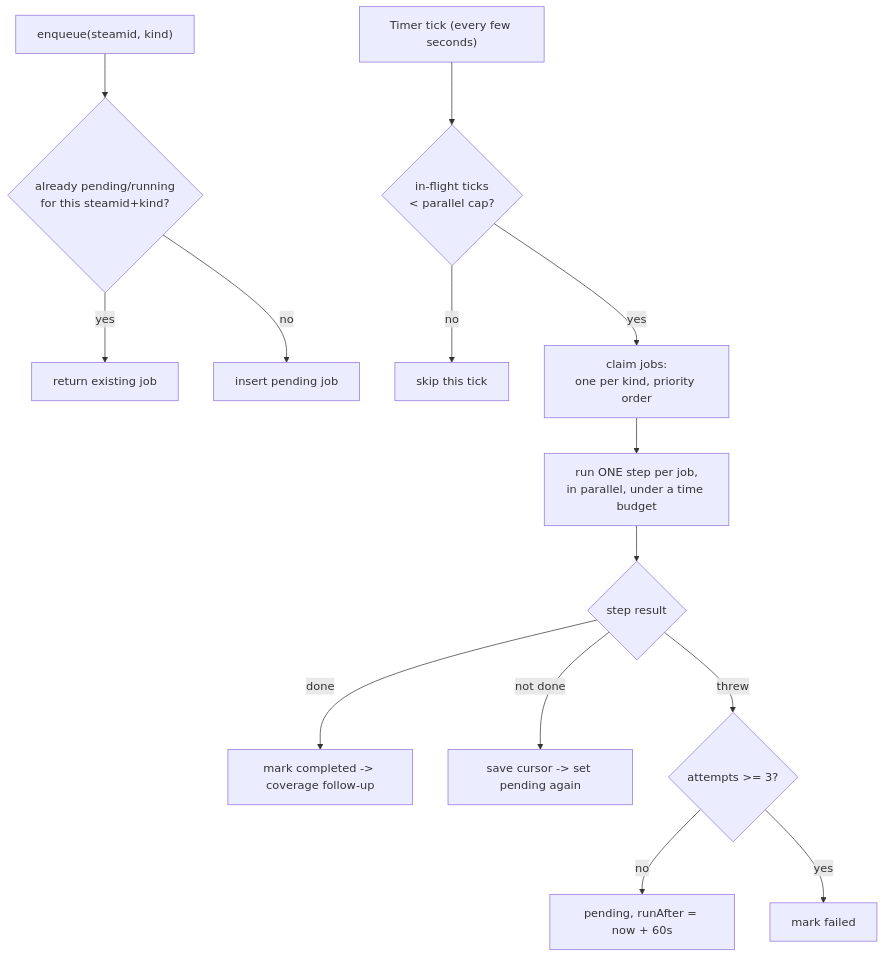
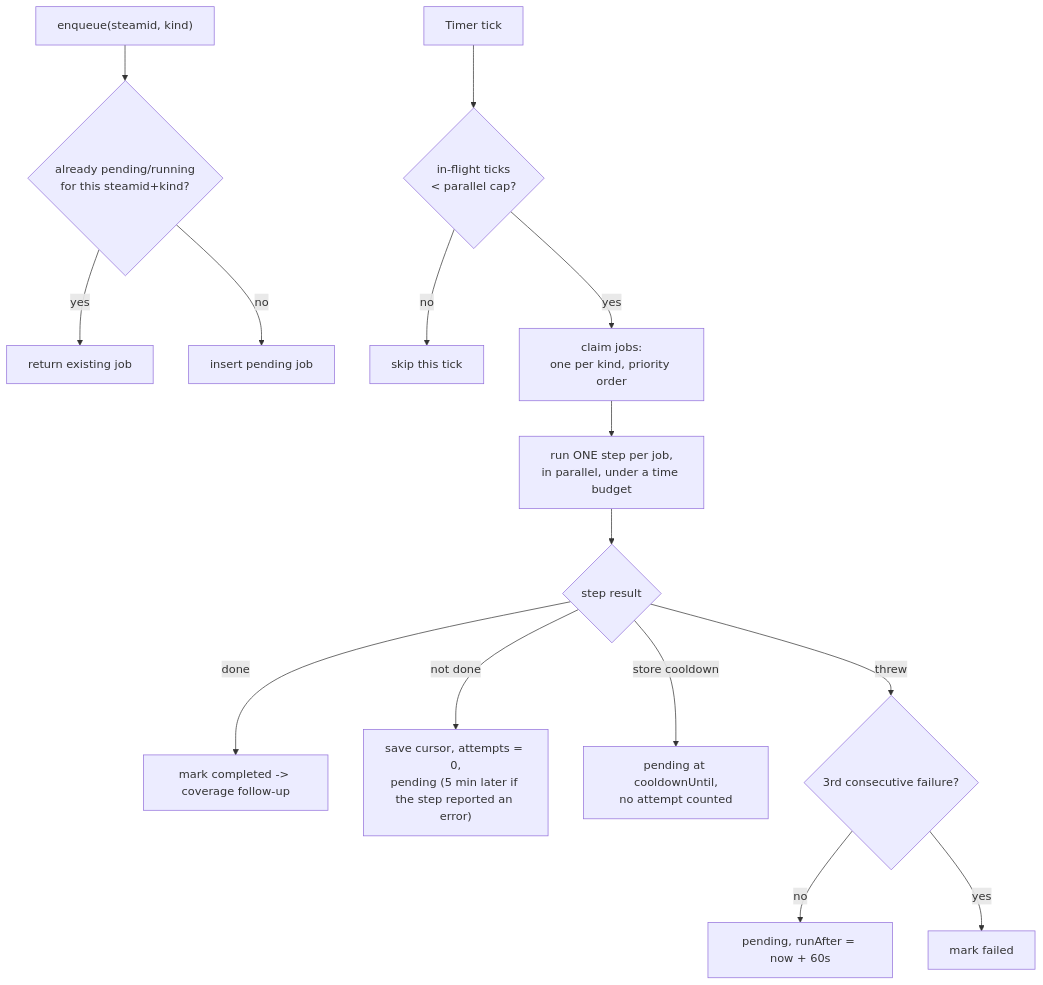
Before and after one commit to atahan99/Steam-Library-Matrix: the fourth of 6 diagrams in docs/architecture.md, drawn with Mermaid. The commit also changed other lines of this file, not shown here.

First line of the commit message:
docs(architecture): trim and bring up to date with the code

````diff
--- a/docs/architecture.md
+++ b/docs/architecture.md
@@ -277,17 +222,18 @@
 ```mermaid
 flowchart TB
   E["enqueue(steamid, kind)"] --> Dedup{"already pending/running<br/>for this steamid+kind?"}
   Dedup -- yes --> Reuse["return existing job"]
   Dedup -- no --> Insert["insert pending job"]
 
-  Timer["Timer tick (every few seconds)"] --> Cap{"in-flight ticks<br/>< parallel cap?"}
+  Timer["Timer tick"] --> Cap{"in-flight ticks<br/>< parallel cap?"}
   Cap -- no --> Skip["skip this tick"]
   Cap -- yes --> Claim["claim jobs:<br/>one per kind, priority order"]
   Claim --> Step["run ONE step per job,<br/>in parallel, under a time budget"]
   Step --> R{"step result"}
   R -- done --> Done["mark completed -> coverage follow-up"]
-  R -- not done --> Cont["save cursor -> set pending again"]
-  R -- threw --> Err{"attempts >= 3?"}
+  R -- "not done" --> Cont["save cursor, attempts = 0,<br/>pending (5 min later if the step reported an error)"]
+  R -- "store cooldown" --> Cool["pending at cooldownUntil,<br/>no attempt counted"]
+  R -- threw --> Err{"3rd consecutive failure?"}
   Err -- no --> Retry["pending, runAfter = now + 60s"]
   Err -- yes --> Fail["mark failed"]
 ```
````
